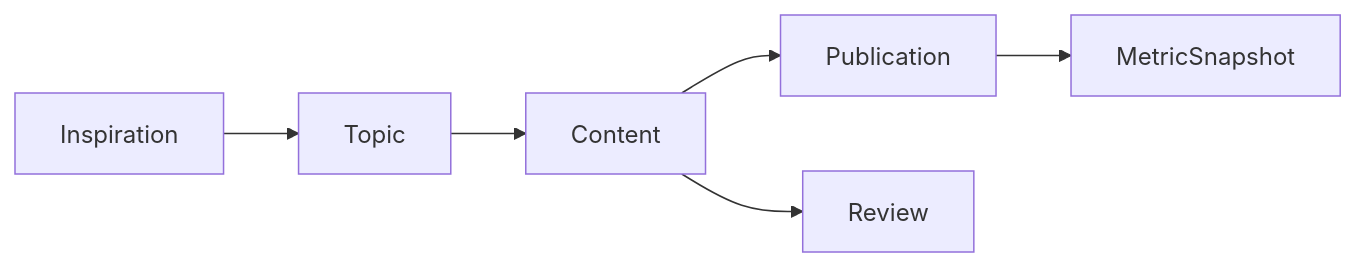
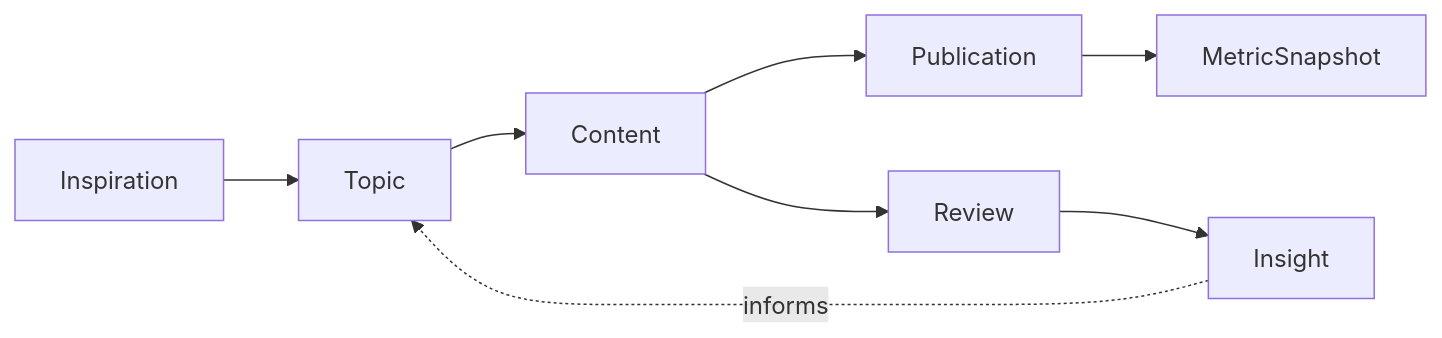
The first of 2 diagrams in docs/database.md (QuinnyAc/creator-ops), drawn with Mermaid before and after one commit. The commit also changed other lines of this file, not shown here.

````diff
--- a/docs/database.md
+++ b/docs/database.md
@@ -7,8 +7,10 @@
 ```mermaid
 flowchart LR
     Inspiration --> Topic
     Topic --> Content
     Content --> Publication
     Publication --> MetricSnapshot
     Content --> Review
+    Review --> Insight
+    Insight -. informs .-> Topic
 ```
````
